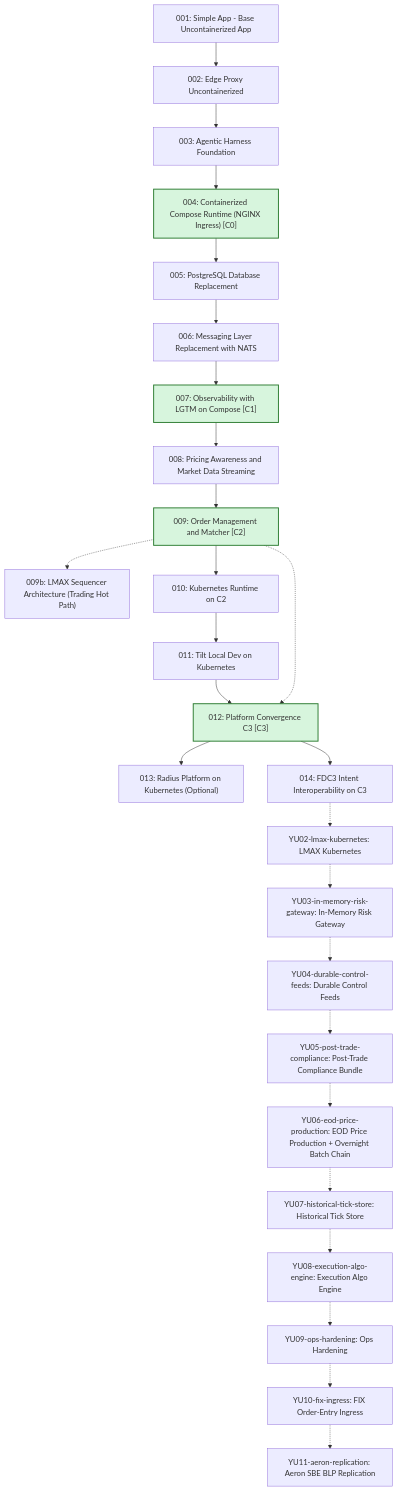
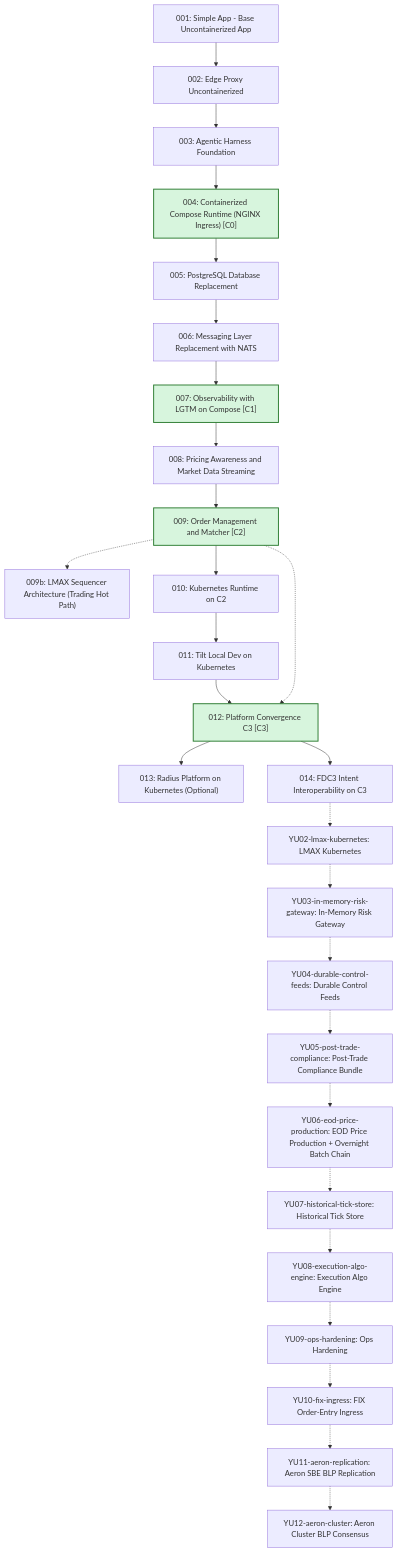
The second of 3 diagrams in docs/learning-paths/index.md (YU-CS-Summer-2026-Distributed-TraderX/traderX), drawn with Mermaid before and after one commit. The commit also changed other lines of this file and 38 other files, not shown here.

First line of the commit message:
YU12 scaffold: Aeron Cluster BLP consensus state pack, catalog, pipeline, and doc sync

```diff
--- a/docs/learning-paths/index.md
+++ b/docs/learning-paths/index.md
@@ -60,6 +60,7 @@
   SYU09_ops_hardening["YU09-ops-hardening: Ops Hardening"]
   SYU10_fix_ingress["YU10-fix-ingress: FIX Order-Entry Ingress"]
   SYU11_aeron_replication["YU11-aeron-replication: Aeron SBE BLP Replication"]
+  SYU12_aeron_cluster["YU12-aeron-cluster: Aeron Cluster BLP Consensus"]
   S001_baseline_uncontainerized_parity --> S002_edge_proxy_uncontainerized
   S002_edge_proxy_uncontainerized --> S003_agentic_harness_foundation
   S003_agentic_harness_foundation --> S004_containerized_compose_runtime
@@ -84,6 +85,7 @@
   SYU08_execution_algo_engine -.-> SYU09_ops_hardening
   SYU09_ops_hardening -.-> SYU10_fix_ingress
   SYU10_fix_ingress -.-> SYU11_aeron_replication
+  SYU11_aeron_replication -.-> SYU12_aeron_cluster
   S009_order_management_matcher -.-> S012_platform_convergence_c3
   click S001_baseline_uncontainerized_parity href "/specs/baseline-uncontainerized-parity" "Open State 001 Spec Pack"
   click S002_edge_proxy_uncontainerized href "/specs/edge-proxy-uncontainerized" "Open State 002 Spec Pack"
@@ -110,6 +112,7 @@
   click SYU09_ops_hardening href "/specs/YU09-ops-hardening" "Open State YU09-ops-hardening Spec Pack"
   click SYU10_fix_ingress href "/specs/YU10-fix-ingress" "Open State YU10-fix-ingress Spec Pack"
   click SYU11_aeron_replication href "/specs/YU11-aeron-replication" "Open State YU11-aeron-replication Spec Pack"
+  click SYU12_aeron_cluster href "/specs/YU12-aeron-cluster" "Open State YU12-aeron-cluster Spec Pack"
   classDef convergence fill:#d7f5dd,stroke:#2e7d32,stroke-width:2px
   class S004_containerized_compose_runtime convergence
   class S007_observability_lgtm_compose convergence
```
